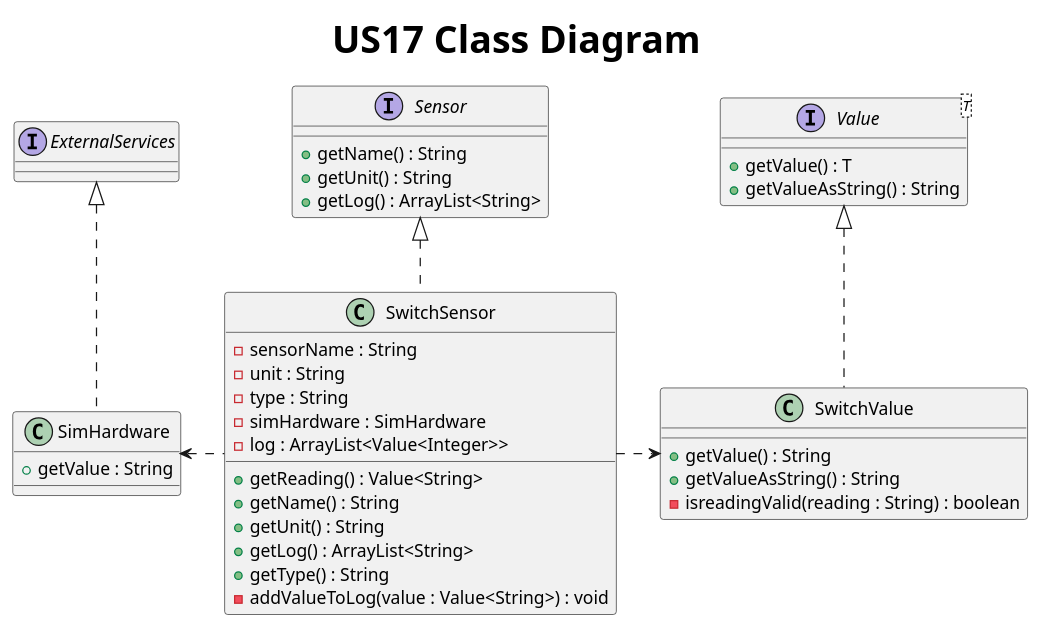
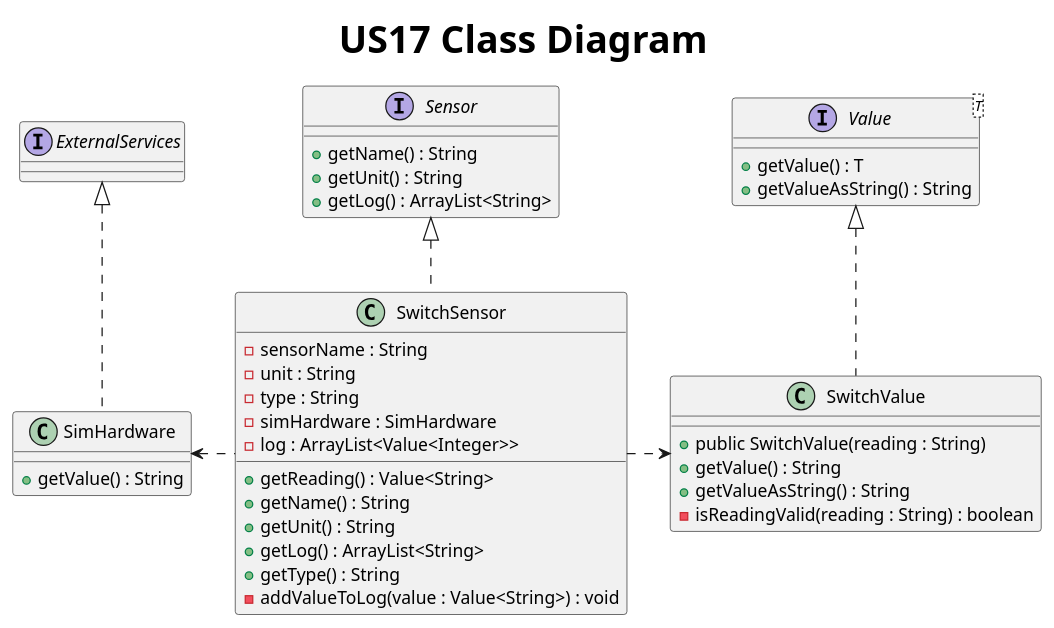
The diagram in Docs/US17/S3US17ClassDiagram.puml (AfonsoNeves77/smartHouse), drawn with PlantUML before and after one commit. The commit also changed 11 other files, not shown here.

Commit message:
Team review : Updated ClassDiagrams for sensors classes.

```diff
--- a/Docs/US17/S3US17ClassDiagram.puml
+++ b/Docs/US17/S3US17ClassDiagram.puml
@@ -1,49 +1,50 @@
 @startuml
 title <size: 30> US17 Class Diagram
 
 interface Sensor {
     + getName() : String
     + getUnit() : String
     + getLog() : ArrayList<String>
 }
 
 interface Value<T> {
     + getValue() : T
     + getValueAsString() : String
 }
 
 interface ExternalServices {
 
 }
 
 class SwitchSensor{
     - sensorName : String
     - unit : String
     - type : String
     - simHardware : SimHardware
     - log : ArrayList<Value<Integer>>
 
     + getReading() : Value<String>
     + getName() : String
     + getUnit() : String
     + getLog() : ArrayList<String>
     + getType() : String
     - addValueToLog(value : Value<String>) : void
 }
 
 class SwitchValue {
+    + public SwitchValue(reading : String)
     + getValue() : String
     + getValueAsString() : String
-    - isreadingValid(reading : String) : boolean
+    - isReadingValid(reading : String) : boolean
 }
 
 class SimHardware{
-    + getValue : String
+    + getValue() : String
 }
 
 Value <|.. SwitchValue
 Sensor <|.. SwitchSensor
 ExternalServices <|.. SimHardware
 SwitchSensor .right.> SwitchValue
 SwitchSensor .left.> SimHardware
 @enduml
```
